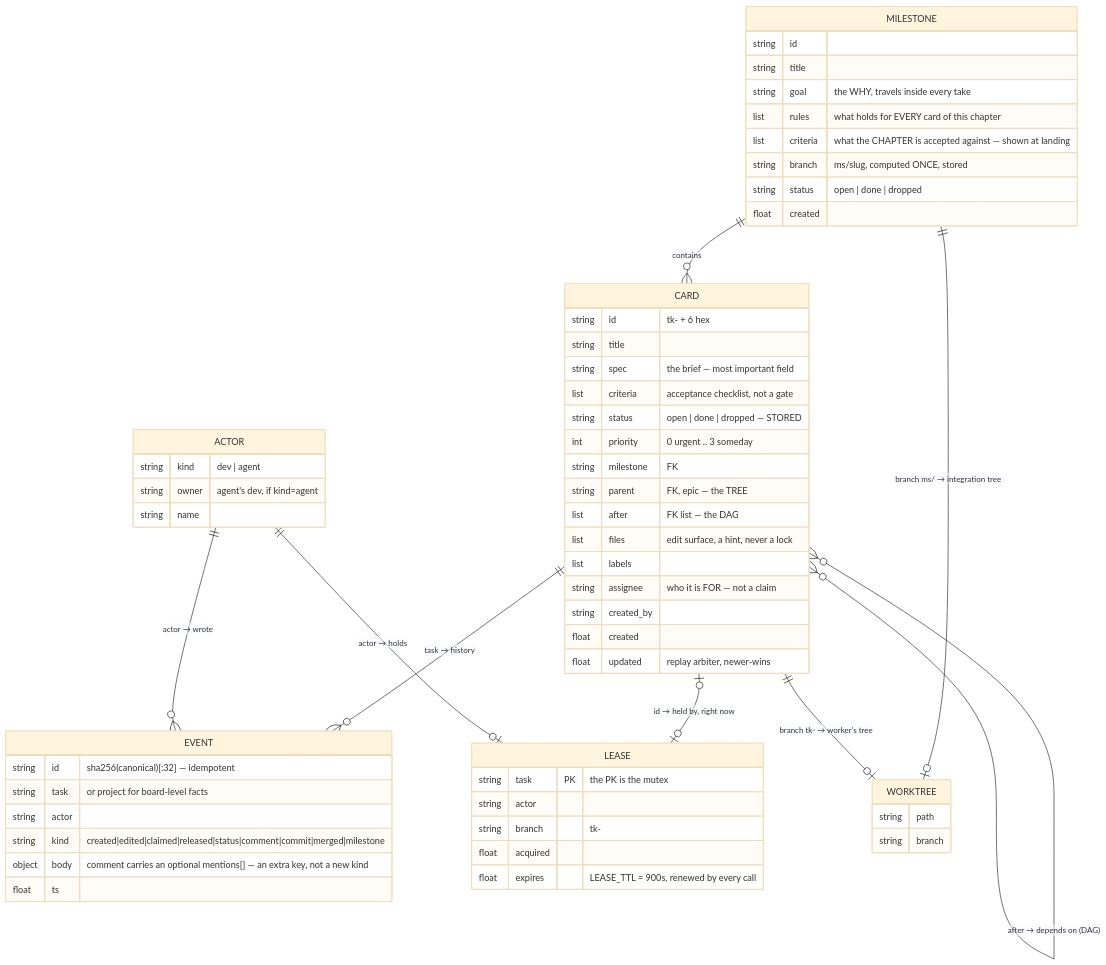
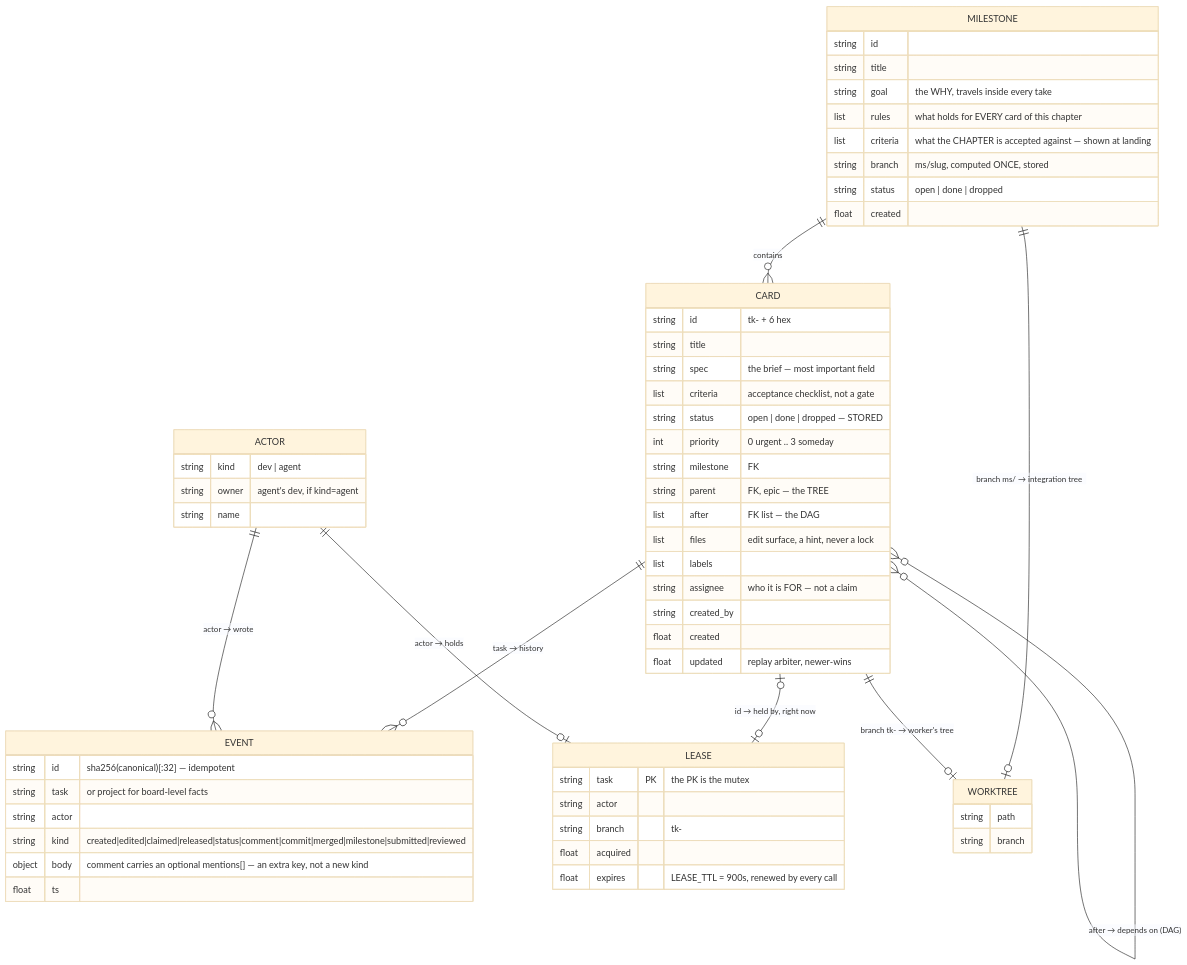
Before and after one commit to bernatch22/taskops: the first of 8 diagrams in ARCHITECTURE.md, drawn with Mermaid (base theme). The commit also changed other lines of this file and 5 other files, not shown here.

````diff
--- a/ARCHITECTURE.md
+++ b/ARCHITECTURE.md
@@ -65,64 +69,64 @@
 ```mermaid
 erDiagram
     MILESTONE ||--o{ CARD : "contains"
     CARD ||--o{ CARD : "parent → subtasks (tree)"
     CARD }o--o{ CARD : "after → depends on (DAG)"
     CARD ||--o{ EVENT : "task → history"
     CARD |o--o| LEASE : "id → held by, right now"
     ACTOR ||--o{ EVENT : "actor → wrote"
     ACTOR ||--o| LEASE : "actor → holds"
     MILESTONE ||--o| WORKTREE : "branch ms/<slug> → integration tree"
     CARD ||--o| WORKTREE : "branch tk-<id> → worker's tree"
 
     MILESTONE {
         string id
         string title
         string goal "the WHY, travels inside every take"
         list rules "what holds for EVERY card of this chapter"
         list criteria "what the CHAPTER is accepted against — shown at landing"
         string branch "ms/slug, computed ONCE, stored"
         string status "open | done | dropped"
         float created
     }
     CARD {
         string id "tk- + 6 hex"
         string title
         string spec "the brief — most important field"
         list criteria "acceptance checklist, not a gate"
         string status "open | done | dropped — STORED"
         int priority "0 urgent .. 3 someday"
         string milestone "FK"
         string parent "FK, epic — the TREE"
         list after "FK list — the DAG"
         list files "edit surface, a hint, never a lock"
         list labels
         string assignee "who it is FOR — not a claim"
         string created_by
         float created
         float updated "replay arbiter, newer-wins"
     }
     EVENT {
         string id "sha256(canonical)[:32] — idempotent"
         string task "or project for board-level facts"
         string actor
-        string kind "created|edited|claimed|released|status|comment|commit|merged|milestone"
+        string kind "created|edited|claimed|released|status|comment|commit|merged|milestone|submitted|reviewed"
         object body "comment carries an optional mentions[] — an extra key, not a new kind"
         float ts
     }
     LEASE {
         string task PK "the PK is the mutex"
         string actor
         string branch "tk-<id>"
         float acquired
         float expires "LEASE_TTL = 900s, renewed by every call"
     }
     ACTOR {
         string kind "dev | agent"
         string owner "agent's dev, if kind=agent"
         string name
     }
     WORKTREE {
         string path
         string branch
     }
 ```
````
